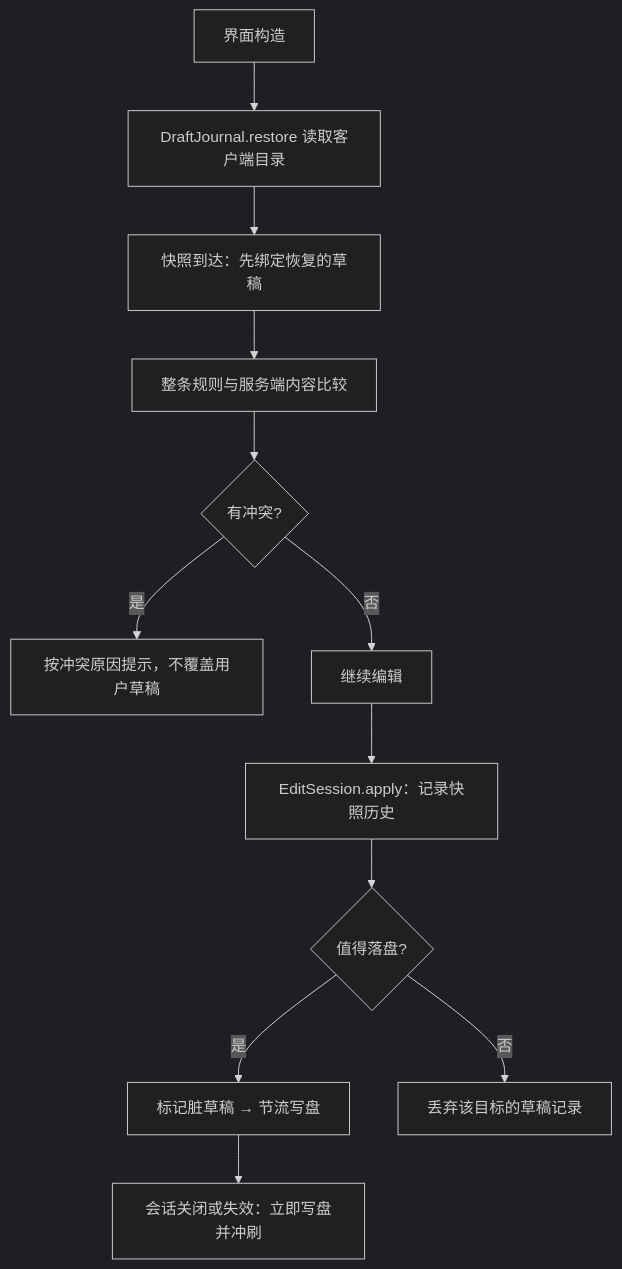
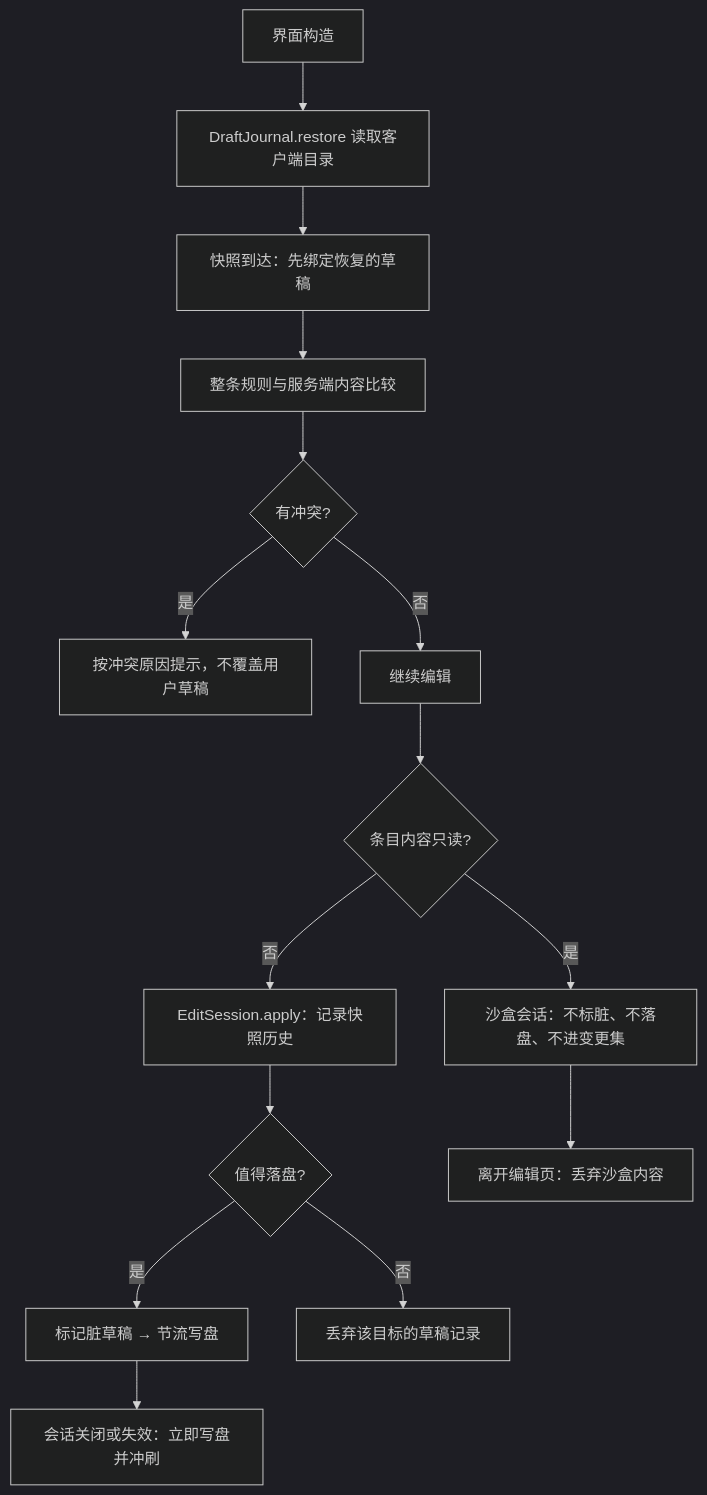
The fifth of 5 diagrams in docs/modules/client-editor.md (meteoritel/item-despawn-to-what), drawn with Mermaid (dark theme) before and after one commit. The commit also changed other lines of this file and 20 other files, not shown here.

````diff
--- a/docs/modules/client-editor.md
+++ b/docs/modules/client-editor.md
@@ -157,14 +160,17 @@
 ```mermaid
 flowchart TD
     A["界面构造"] --> B["DraftJournal.restore 读取客户端目录"]
     B --> C["快照到达：先绑定恢复的草稿"]
     C --> D["整条规则与服务端内容比较"]
     D --> E{"有冲突?"}
     E -->|是| F["按冲突原因提示，不覆盖用户草稿"]
     E -->|否| G["继续编辑"]
-    G --> H["EditSession.apply：记录快照历史"]
-    H --> I{"值得落盘?"}
-    I -->|是| J["标记脏草稿 → 节流写盘"]
-    I -->|否| K["丢弃该目标的草稿记录"]
-    J --> L["会话关闭或失效：立即写盘并冲刷"]
+    G --> H{"条目内容只读?"}
+    H -->|是| S["沙盒会话：不标脏、不落盘、不进变更集"]
+    H -->|否| I["EditSession.apply：记录快照历史"]
+    I --> J{"值得落盘?"}
+    J -->|是| K["标记脏草稿 → 节流写盘"]
+    J -->|否| L["丢弃该目标的草稿记录"]
+    S --> R["离开编辑页：丢弃沙盒内容"]
+    K --> M["会话关闭或失效：立即写盘并冲刷"]
 ```
````
